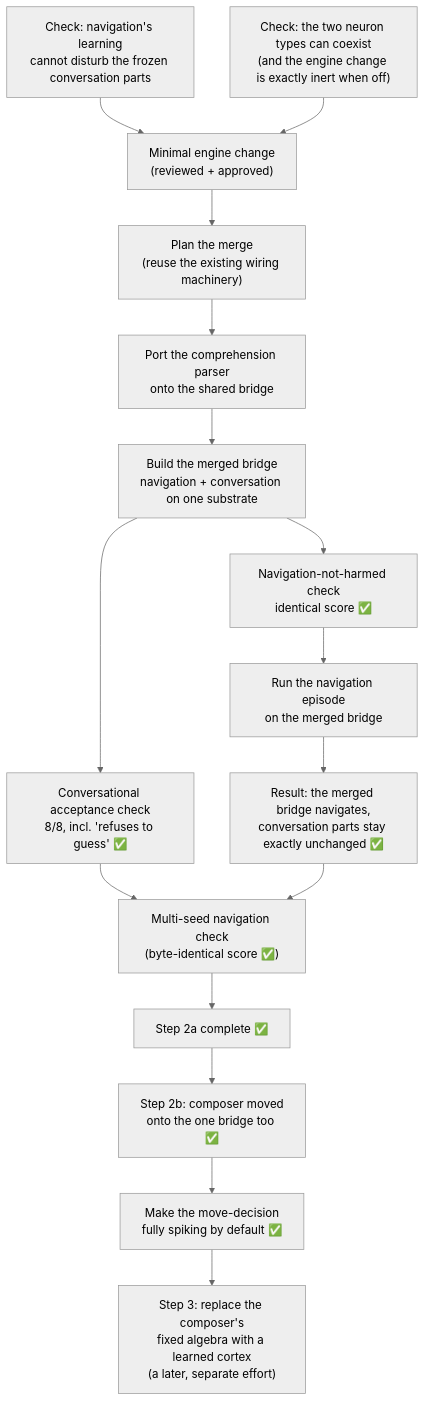
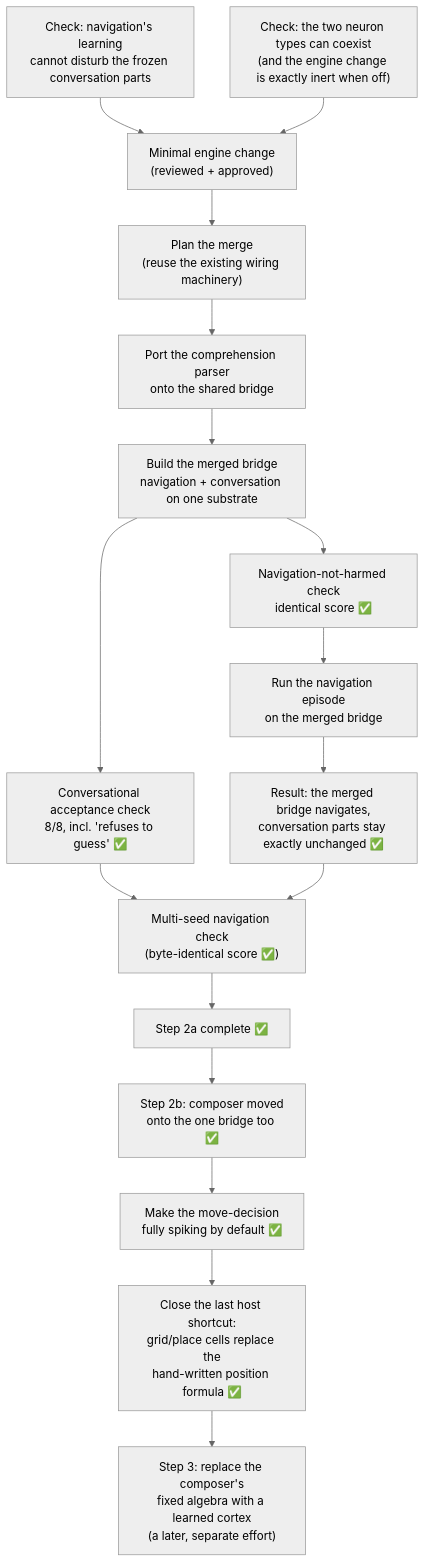
The second of 2 diagrams in docs/ARCHITECTURE_nav_conv_merge.md (danthi123/neural-simulator), drawn with Mermaid (neutral theme) before and after one commit. The commit also changed other lines of this file, not shown here.

First line of the commit message:
docs(architecture): note all-host-shortcuts-closed + grid place-code default

````diff
--- a/docs/ARCHITECTURE_nav_conv_merge.md
+++ b/docs/ARCHITECTURE_nav_conv_merge.md
@@ -69,18 +69,19 @@
 ```mermaid
 flowchart TD
     A["Check: navigation's learning<br/>cannot disturb the frozen conversation parts"] --> C
     B["Check: the two neuron types can coexist<br/>(and the engine change is exactly inert when off)"] --> C["Minimal engine change<br/>(reviewed + approved)"]
     C --> D["Plan the merge<br/>(reuse the existing wiring machinery)"]
     D --> E["Port the comprehension parser<br/>onto the shared bridge"]
     E --> F["Build the merged bridge<br/>navigation + conversation on one substrate"]
     F --> G["Conversational acceptance check<br/>8/8, incl. 'refuses to guess' ✅"]
     F --> H["Navigation-not-harmed check<br/>identical score ✅"]
     H --> I["Run the navigation episode<br/>on the merged bridge"]
     I --> J["Result: the merged bridge navigates,<br/>conversation parts stay exactly unchanged ✅"]
     G --> K["Multi-seed navigation check<br/>(byte-identical score ✅)"]
     J --> K
     K --> L["Step 2a complete ✅"]
     L --> M["Step 2b: composer moved<br/>onto the one bridge too ✅"]
     M --> P["Make the move-decision<br/>fully spiking by default ✅"]
-    P --> N["Step 3: replace the composer's<br/>fixed algebra with a learned cortex<br/>(a later, separate effort)"]
+    P --> Q["Close the last host shortcut:<br/>grid/place cells replace the<br/>hand-written position formula ✅"]
+    Q --> N["Step 3: replace the composer's<br/>fixed algebra with a learned cortex<br/>(a later, separate effort)"]
 ```
````
